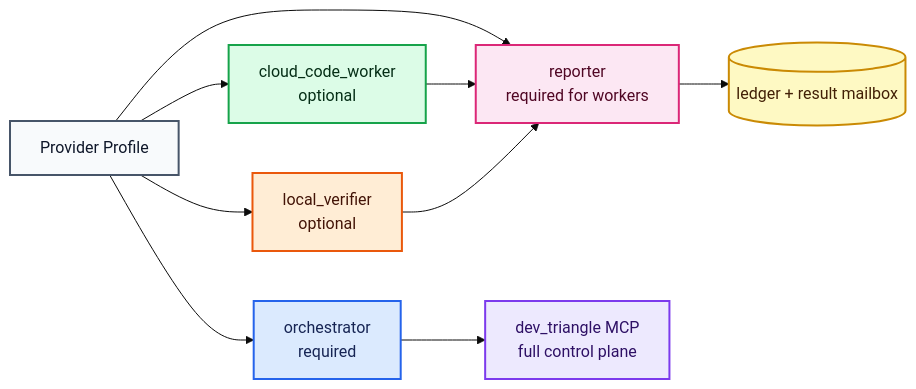
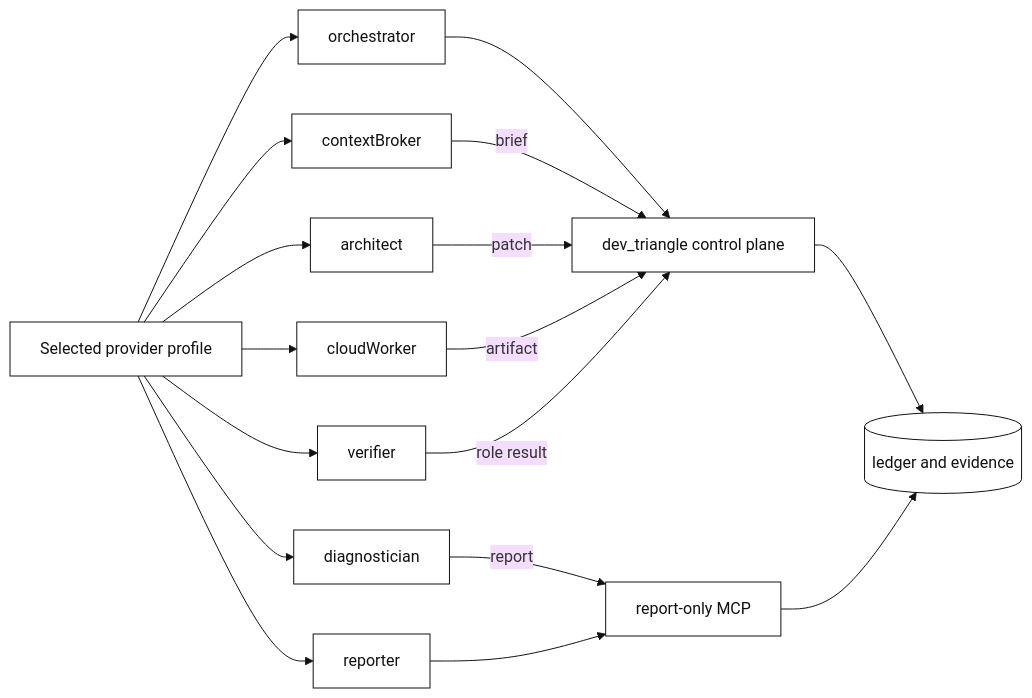
One commit to SpadesZ/dev-triangle-mcp changed the diagram in docs/PROVIDERS.md. Above: the diagram before and after it, drawn with Mermaid (base theme). The commit also changed other lines of this file and 11 other files, not shown here.

````diff
--- a/docs/PROVIDERS.md
+++ b/docs/PROVIDERS.md
@@ -15,19 +31,25 @@
 ```mermaid
 flowchart LR
-  P["Provider Profile"]:::profile --> O["orchestrator<br/>required"]:::orchestrator
-  P --> W["cloud_code_worker<br/>optional"]:::worker
-  P --> V["local_verifier<br/>optional"]:::verifier
-  P --> R["reporter<br/>required for workers"]:::report
-  O --> M["dev_triangle MCP<br/>full control plane"]:::mcp
-  W --> R
-  V --> R
-  R --> S[("ledger + result mailbox")]:::state
+  P["Selected provider profile"] --> O["orchestrator"]
+  P --> B["contextBroker"]
+  P --> A["architect"]
+  P --> W["cloudWorker"]
+  P --> V["verifier"]
+  P --> D["diagnostician"]
+  P --> R["reporter"]
+  O --> M["dev_triangle control plane"]
+  B -->|brief| M
+  A -->|patch| M
+  W -->|artifact| M
+  V -->|role result| M
+  D -->|report| X["report-only MCP"]
+  R --> X
+  M --> S[("ledger and evidence")]
+  X --> S
 
-  classDef profile fill:#f8fafc,stroke:#475569,color:#0f172a,stroke-width:2px;
-  classDef orchestrator fill:#dbeafe,stroke:#2563eb,color:#172554,stroke-width:2px;
-  classDef mcp fill:#ede9fe,stroke:#7c3aed,color:#2e1065,stroke-width:2px;
-  classDef worker fill:#dcfce7,stroke:#16a34a,color:#052e16,stroke-width:2px;
-  classDef verifier fill:#ffedd5,stroke:#ea580c,color:#431407,stroke-width:2px;
-  classDef report fill:#fce7f3,stroke:#db2777,color:#500724,stroke-width:2px;
-  classDef state fill:#fef9c3,stroke:#ca8a04,color:#422006,stroke-width:2px;
+  classDef process fill:#ffffff,stroke:#111111,color:#111111,stroke-width:1px;
+  classDef store fill:#ffffff,stroke:#111111,color:#111111,stroke-width:1px;
+  class P,O,B,A,W,V,D,R,M,X process;
+  class S store;
+  linkStyle default stroke:#111111,stroke-width:1px;
 ```
````
